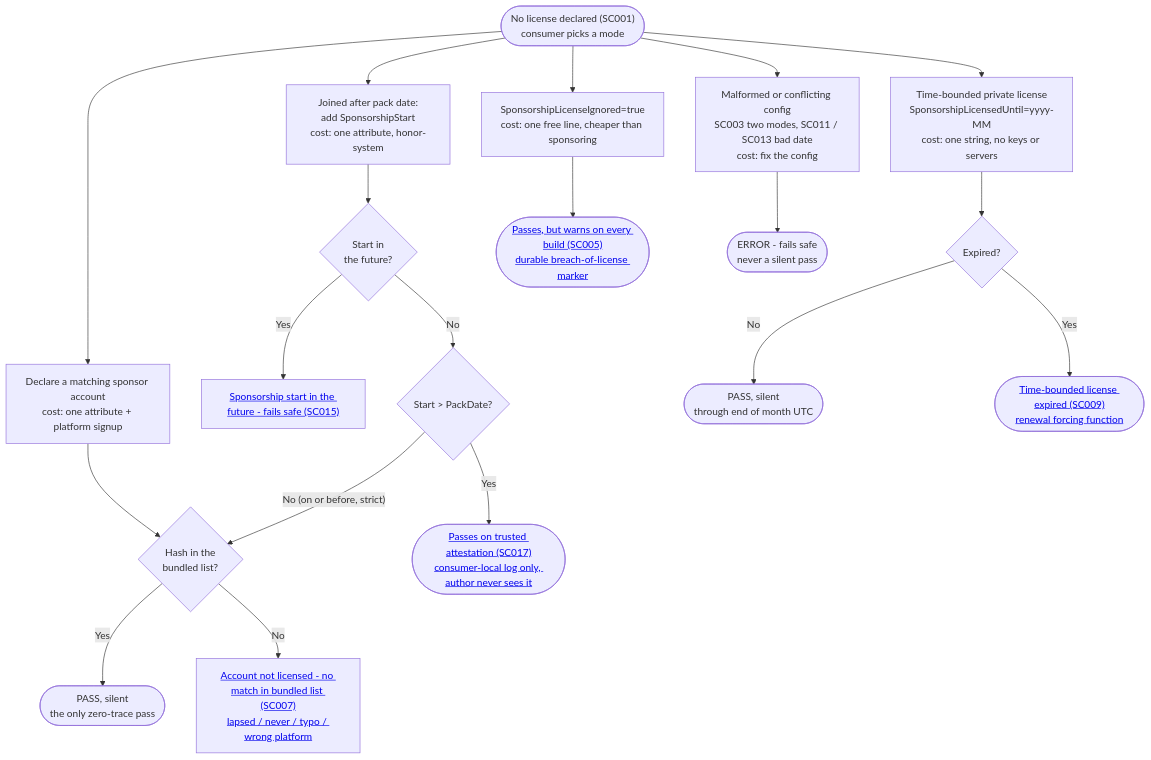
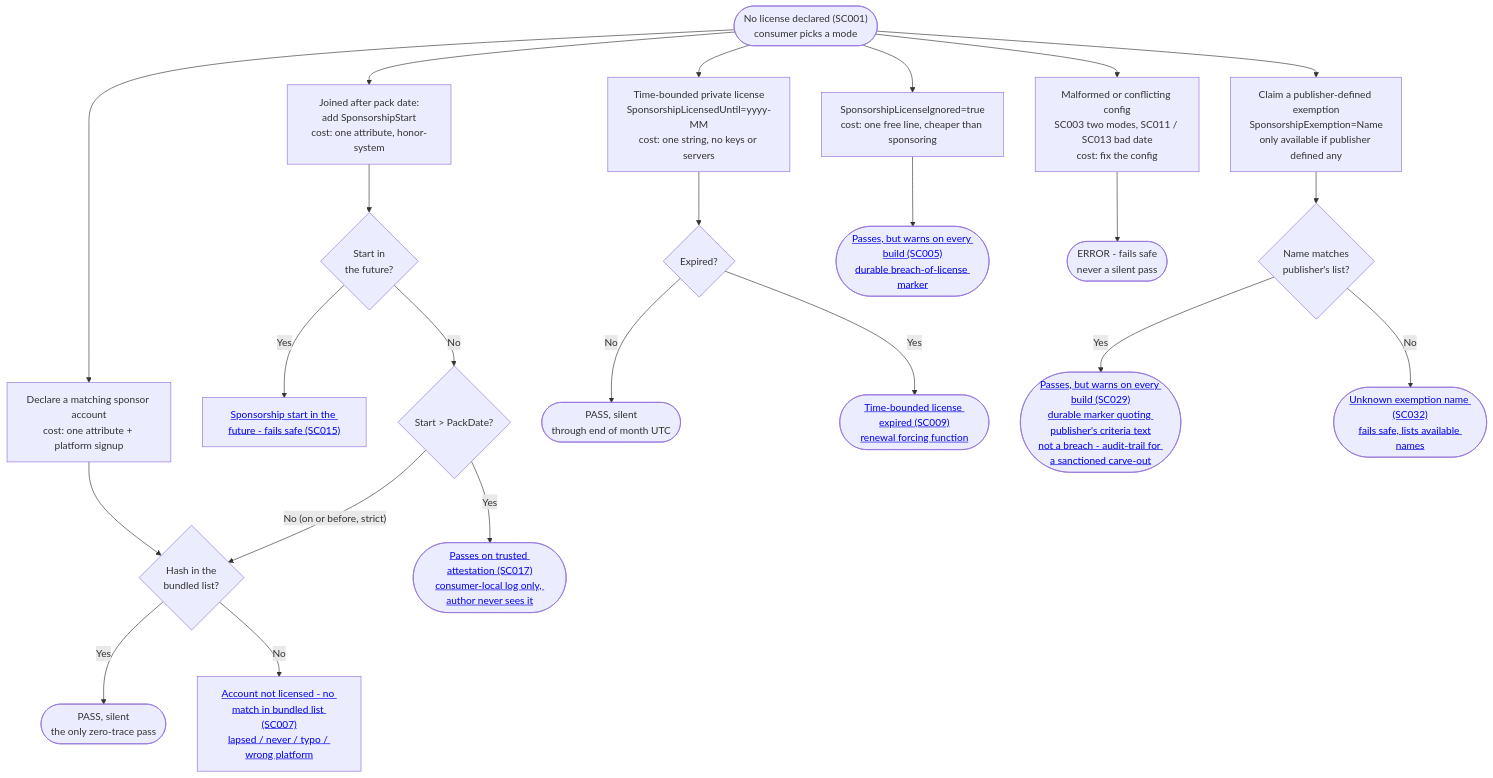
One commit to SimonCropp/SponsorCheck changed the second of 4 diagrams in docs/WhyBuildTimeVerification.md. Above: the diagram before and after it, drawn with Mermaid. The commit also changed other lines of this file and 44 other files, not shown here.

Commit message:
Add publisher defined exemptions (#16)

````diff
--- a/docs/WhyBuildTimeVerification.md
+++ b/docs/WhyBuildTimeVerification.md
@@ -89,26 +89,31 @@
 ```mermaid
 flowchart TD
     Root([No license declared #40;SC001#41;<br/>consumer picks a mode]) --> Sponsor
     Root --> Start
     Root --> License
+    Root --> Exempt
     Root --> Ignore
     Root --> Bad
 
     Sponsor["Declare a matching sponsor account<br/>cost: one attribute + platform signup"] --> SMatch{"Hash in the<br/>bundled list?"}
     SMatch -->|"Yes"| SPass(["PASS, silent<br/>the only zero-trace pass"])
     SMatch -->|"No"| SC007[<a href='https://github.com/SimonCropp/SponsorCheck/blob/main/docs/VerifierDiagnosticCodes.md#sc007'>Account not licensed - no match in bundled list #40;SC007#41;<br/>lapsed / never / typo / wrong platform</a>]
 
     Start["Joined after pack date:<br/>add SponsorshipStart<br/>cost: one attribute, honor-system"] --> SFuture{"Start in<br/>the future?"}
     SFuture -->|"Yes"| SC015[<a href='https://github.com/SimonCropp/SponsorCheck/blob/main/docs/VerifierDiagnosticCodes.md#sc015'>Sponsorship start in the future - fails safe #40;SC015#41;</a>]
     SFuture -->|"No"| SAfter{"Start &gt; PackDate?"}
     SAfter -->|"Yes"| SC017([<a href='https://github.com/SimonCropp/SponsorCheck/blob/main/docs/VerifierDiagnosticCodes.md#sc017'>Passes on trusted attestation #40;SC017#41;<br/>consumer-local log only, author never sees it</a>])
     SAfter -->|"No (on or before, strict)"| SMatch
 
     License["Time-bounded private license<br/>SponsorshipLicensedUntil=yyyy-MM<br/>cost: one string, no keys or servers"] --> LExp{"Expired?"}
     LExp -->|"No"| LPass(["PASS, silent<br/>through end of month UTC"])
     LExp -->|"Yes"| SC009([<a href='https://github.com/SimonCropp/SponsorCheck/blob/main/docs/VerifierDiagnosticCodes.md#sc009'>Time-bounded license expired #40;SC009#41;<br/>renewal forcing function</a>])
 
+    Exempt["Claim a publisher-defined exemption<br/>SponsorshipExemption=Name<br/>only available if publisher defined any"] --> EKnown{"Name matches<br/>publisher's list?"}
+    EKnown -->|"Yes"| SC029([<a href='https://github.com/SimonCropp/SponsorCheck/blob/main/docs/VerifierDiagnosticCodes.md#sc029'>Passes, but warns on every build #40;SC029#41;<br/>durable marker quoting publisher's criteria text<br/>not a breach - audit-trail for a sanctioned carve-out</a>])
+    EKnown -->|"No"| SC032([<a href='https://github.com/SimonCropp/SponsorCheck/blob/main/docs/VerifierDiagnosticCodes.md#sc032'>Unknown exemption name #40;SC032#41;<br/>fails safe, lists available names</a>])
+
     Ignore["SponsorshipLicenseIgnored=true<br/>cost: one free line, cheaper than sponsoring"] --> SC005([<a href='https://github.com/SimonCropp/SponsorCheck/blob/main/docs/VerifierDiagnosticCodes.md#sc005'>Passes, but warns on every build #40;SC005#41;<br/>durable breach-of-license marker</a>])
 
     Bad["Malformed or conflicting config<br/>SC003 two modes, SC011 / SC013 bad date<br/>cost: fix the config"] --> BadEnd(["ERROR - fails safe<br/>never a silent pass"])
 ```
````
